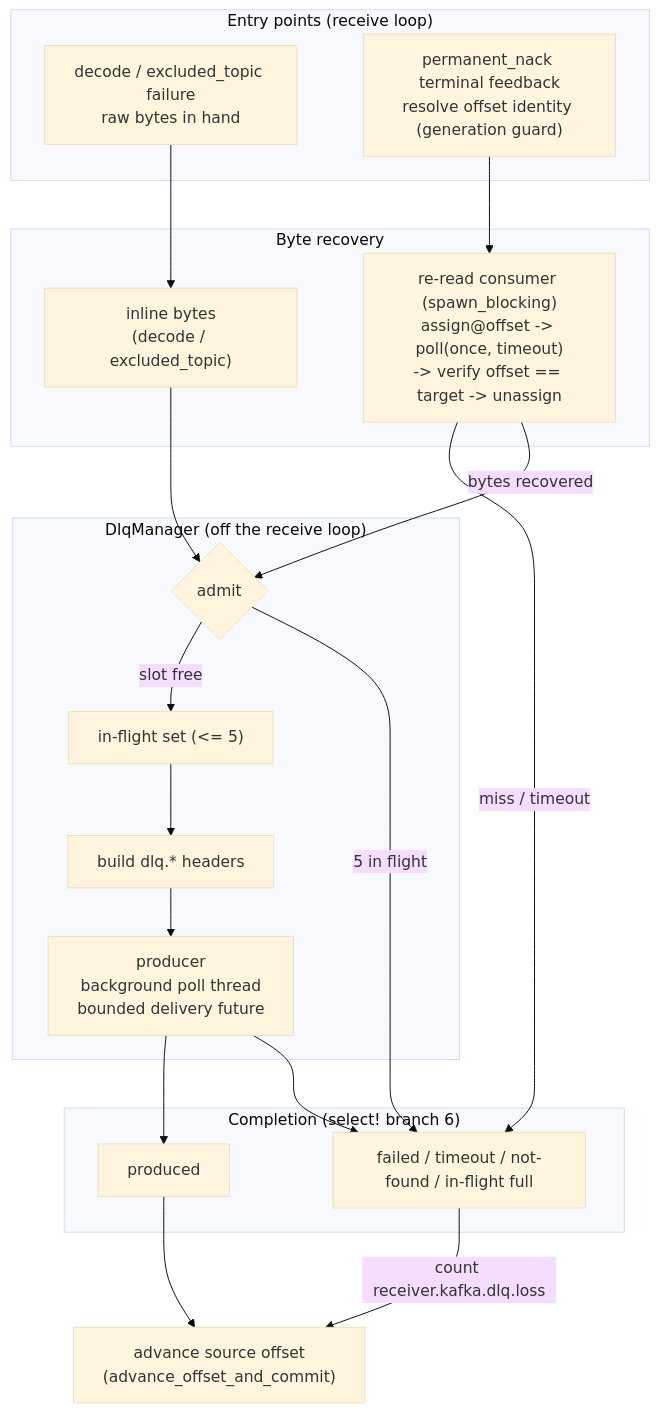
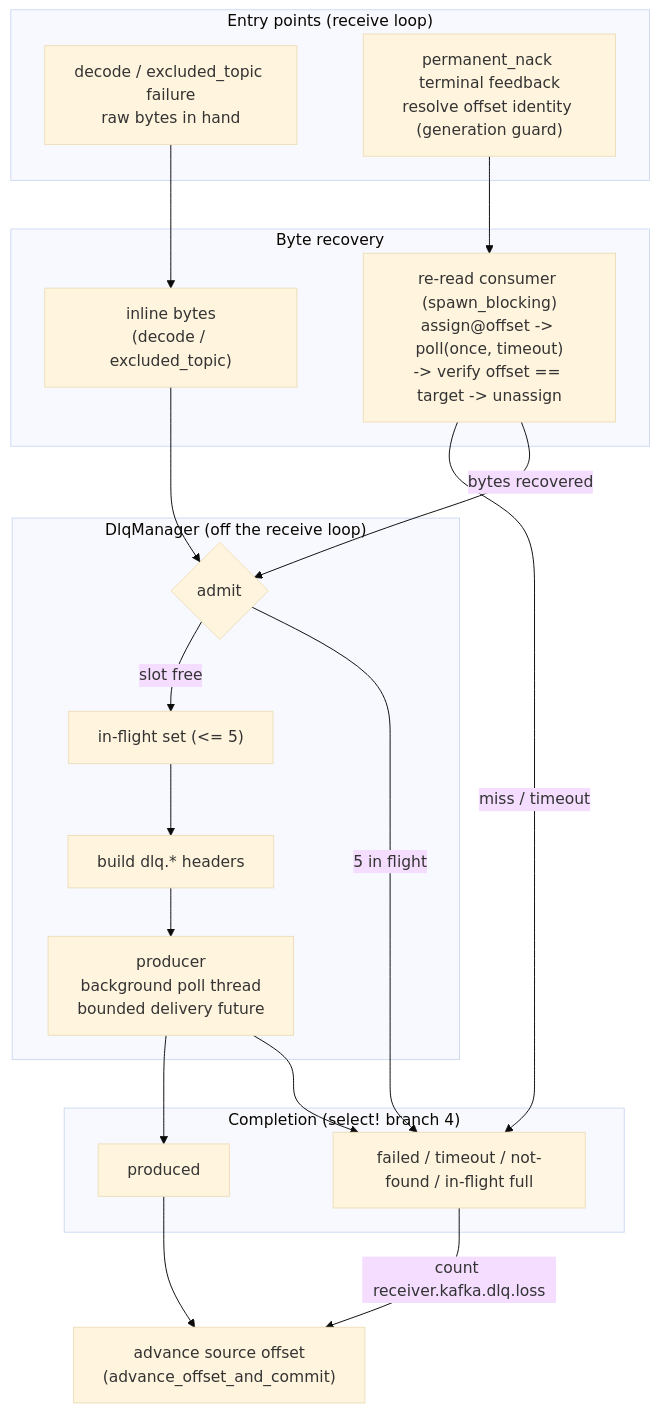
The sixth of 7 diagrams in rust/otap-dataflow/crates/contrib-nodes/src/receivers/kafka_receiver/ARCHITECTURE.md (open-telemetry/otel-arrow), drawn with Mermaid (base theme) before and after one commit. The commit also changed other lines of this file and 4 other files, not shown here.

````diff
--- a/rust/otap-dataflow/crates/contrib-nodes/src/receivers/kafka_receiver/ARCHITECTURE.md
+++ b/rust/otap-dataflow/crates/contrib-nodes/src/receivers/kafka_receiver/ARCHITECTURE.md
@@ -369,39 +372,39 @@
 ```mermaid
 flowchart TD
     subgraph ENTRY["Entry points (receive loop)"]
         DEC["decode / excluded_topic failure<br/>raw bytes in hand"]
         PNK["permanent_nack terminal feedback<br/>resolve offset identity (generation guard)"]
     end
 
     subgraph RECOVER["Byte recovery"]
         INLINE["inline bytes<br/>(decode / excluded_topic)"]
         RR["re-read consumer (spawn_blocking)<br/>assign@offset -> poll(once, timeout)<br/>-> verify offset == target -> unassign"]
     end
 
     subgraph MGR["DlqManager (off the receive loop)"]
         ADMIT{"admit"}
         INFLT["in-flight set (&lt;= 5)"]
         HDR["build dlq.* headers"]
         PROD["producer<br/>background poll thread<br/>bounded delivery future"]
     end
 
-    subgraph DONE["Completion (select! branch 6)"]
+    subgraph DONE["Completion (select! branch 4)"]
         OK["produced"]
         LOSS["failed / timeout / not-found / in-flight full"]
     end
 
     ADVANCE["advance source offset<br/>(advance_offset_and_commit)"]
 
     DEC --> INLINE
     PNK --> RR
     RR -->|"miss / timeout"| LOSS
     INLINE --> ADMIT
     RR -->|"bytes recovered"| ADMIT
     ADMIT -->|"slot free"| INFLT
     ADMIT -->|"5 in flight"| LOSS
     INFLT --> HDR --> PROD
     PROD --> OK
     PROD --> LOSS
     OK --> ADVANCE
     LOSS -->|"count receiver.kafka.dlq.loss"| ADVANCE
 ```
````
